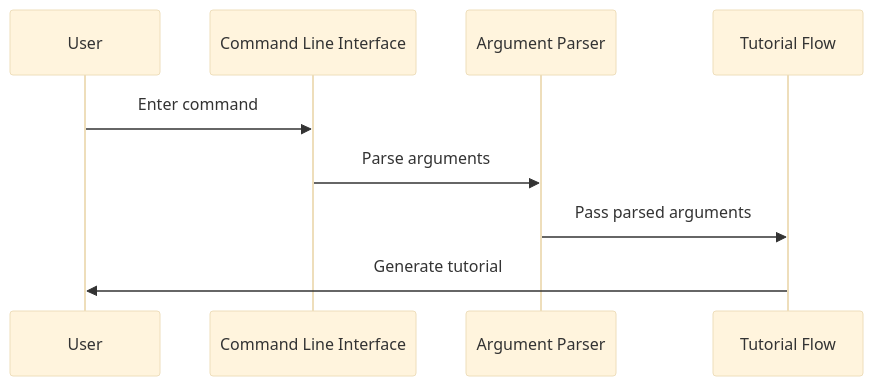
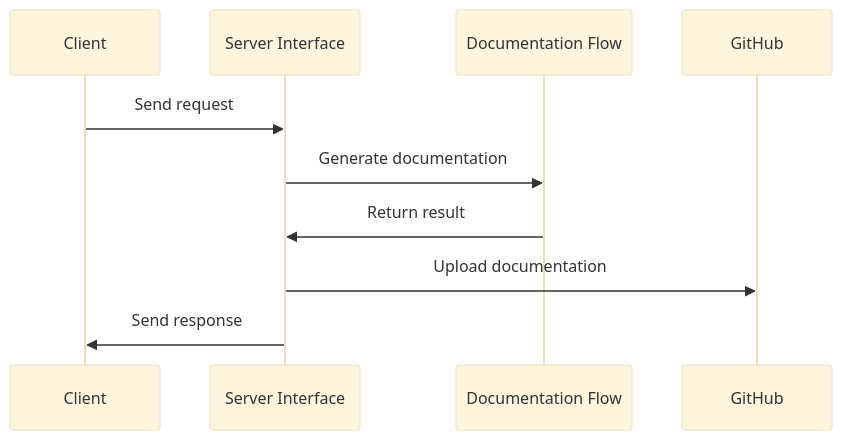
Before and after one commit to dygavieta/NewRepo: the third of 9 diagrams in README.md, drawn with Mermaid (base theme). The commit also changed other lines of this file, not shown here.

````diff
--- a/README.md
+++ b/README.md
@@ -144,12 +203,13 @@
 ```mermaid
 sequenceDiagram
-    participant User
-    participant CLI as Command Line Interface
-    participant AF as Argument Parser
-    participant TF as Tutorial Flow
+    participant C as Client
+    participant SI as Server Interface
+    participant DF as Documentation Flow
+    participant GH as GitHub
 
-    User->>CLI: Enter command
-    CLI->>AF: Parse arguments
-    AF->>TF: Pass parsed arguments
-    TF->>User: Generate tutorial
+    C->>SI: Send request
+    SI->>DF: Generate documentation
+    DF->>SI: Return result
+    SI->>GH: Upload documentation
+    SI->>C: Send response
 ```
````
